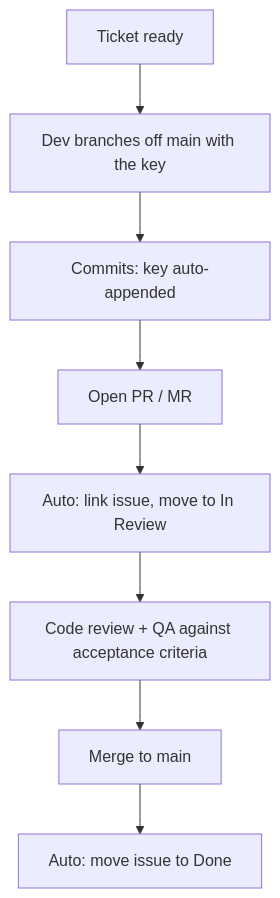
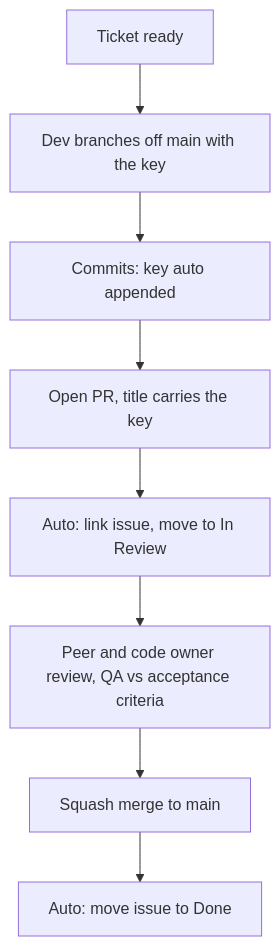
The diagram in WORKFLOW.md (royzah/traceability-helper), drawn with Mermaid before and after one commit. The commit also changed other lines of this file and 15 other files, not shown here.

````diff
--- a/WORKFLOW.md
+++ b/WORKFLOW.md
@@ -58,10 +89,10 @@
 ```mermaid
 flowchart TD
   ready[Ticket ready] --> branch[Dev branches off main with the key]
-  branch --> commit[Commits: key auto-appended]
-  commit --> req[Open PR / MR]
-  req --> link[Auto: link issue, move to In Review]
-  link --> review[Code review + QA against acceptance criteria]
-  review --> merge[Merge to main]
-  merge --> done[Auto: move issue to Done]
+  branch --> commit[Commits: key auto appended]
+  commit --> pr[Open PR, title carries the key]
+  pr --> link[Auto: link issue, move to In Review]
+  link --> review[Peer and code owner review, QA vs acceptance criteria]
+  review --> squash[Squash merge to main]
+  squash --> done[Auto: move issue to Done]
 ```
````
